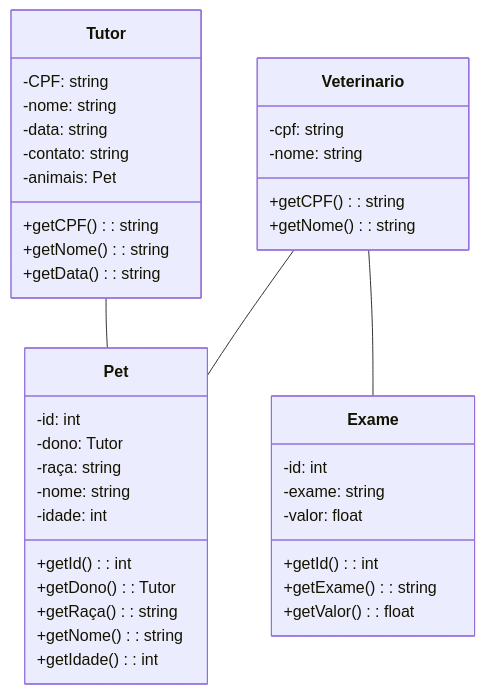
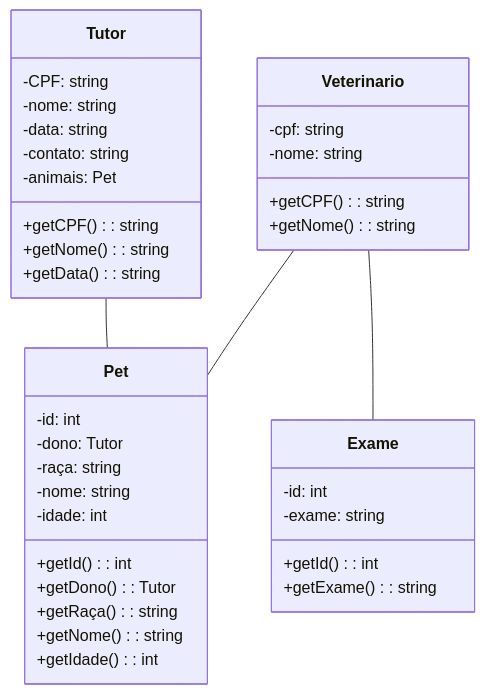
One commit to triggerww/clinica-veterinaria changed the second of 2 diagrams in README.md. Above: the diagram before and after it, drawn with Mermaid. The commit also changed other lines of this file, not shown here.

First line of the commit message:
Update README to remove payment actions and revise diagram

````diff
--- a/README.md
+++ b/README.md
@@ -38,47 +35,45 @@
 ```mermaid
 classDiagram
     class Tutor {
         -CPF: string
         -nome: string
         -data: string
         -contato: string
         -animais: Pet
         +getCPF(): string
         +getNome(): string
         +getData(): string
     }
 
     class Pet {
         -id: int
         -dono: Tutor
         -raça: string
         -nome: string
         -idade: int
         +getId(): int
         +getDono(): Tutor
         +getRaça(): string
         +getNome(): string
         +getIdade(): int
     }
 
     Tutor -- Pet
 
     class Veterinario {
         -cpf: string
         -nome: string
         +getCPF(): string
         +getNome(): string
     }
 
     class Exame {
         -id: int
         -exame: string
-        -valor: float
         +getId(): int
         +getExame(): string
-        +getValor(): float
     }
 
     Veterinario -- Pet
     Veterinario -- Exame
 ```
````
